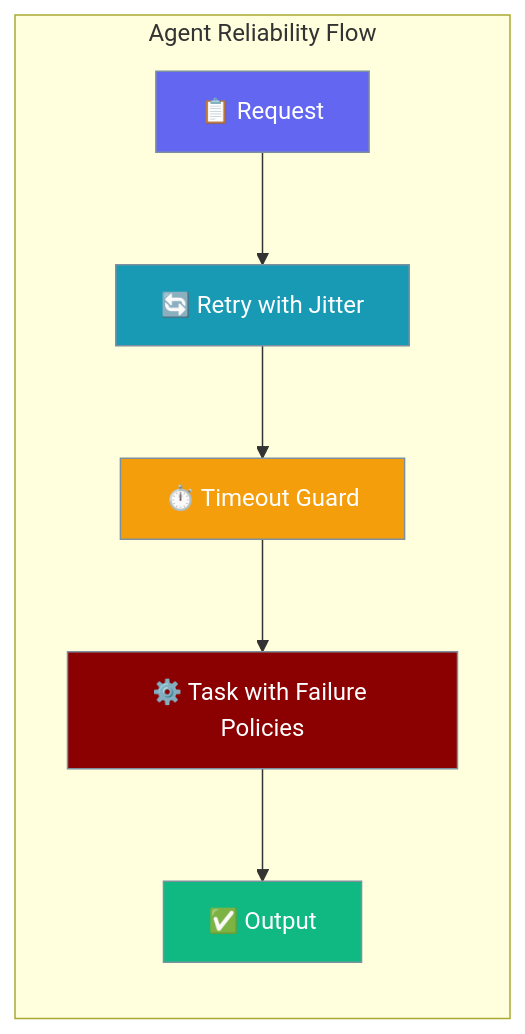
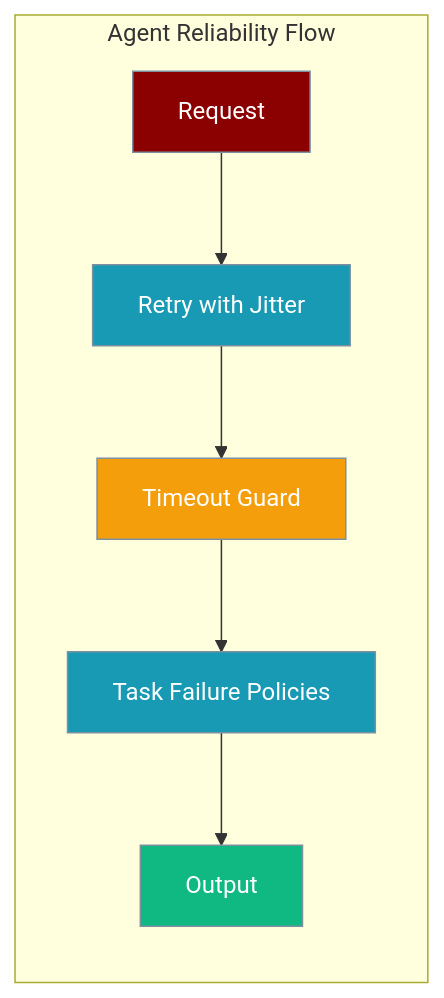
The first of 2 diagrams in docs/features/reliability.mdx (MervinPraison/PraisonAIDocs), drawn with Mermaid before and after one commit. The commit also changed other lines of this file and 4 other files, not shown here.

````diff
--- a/docs/features/reliability.mdx
+++ b/docs/features/reliability.mdx
@@ -10,21 +27,19 @@
 ```mermaid
 graph LR
     subgraph "Agent Reliability Flow"
-        A[📋 Request] --> B[🔄 Retry with Jitter]
-        B --> C[⏱️ Timeout Guard]
-        C --> D[⚙️ Task with Failure Policies]
-        D --> E[✅ Output]
+        A[Request] --> B[Retry with Jitter]
+        B --> C[Timeout Guard]
+        C --> D[Task Failure Policies]
+        D --> E[Output]
     end
-    
-    classDef input fill:#6366F1,stroke:#7C90A0,color:#fff
-    classDef process fill:#189AB4,stroke:#7C90A0,color:#fff
+
+    classDef agent fill:#8B0000,stroke:#7C90A0,color:#fff
+    classDef tool fill:#189AB4,stroke:#7C90A0,color:#fff
     classDef guard fill:#F59E0B,stroke:#7C90A0,color:#fff
-    classDef task fill:#8B0000,stroke:#7C90A0,color:#fff
     classDef output fill:#10B981,stroke:#7C90A0,color:#fff
-    
-    class A input
-    class B process
+
+    class A agent
+    class B,D tool
     class C guard
-    class D task
     class E output
 ```
````
